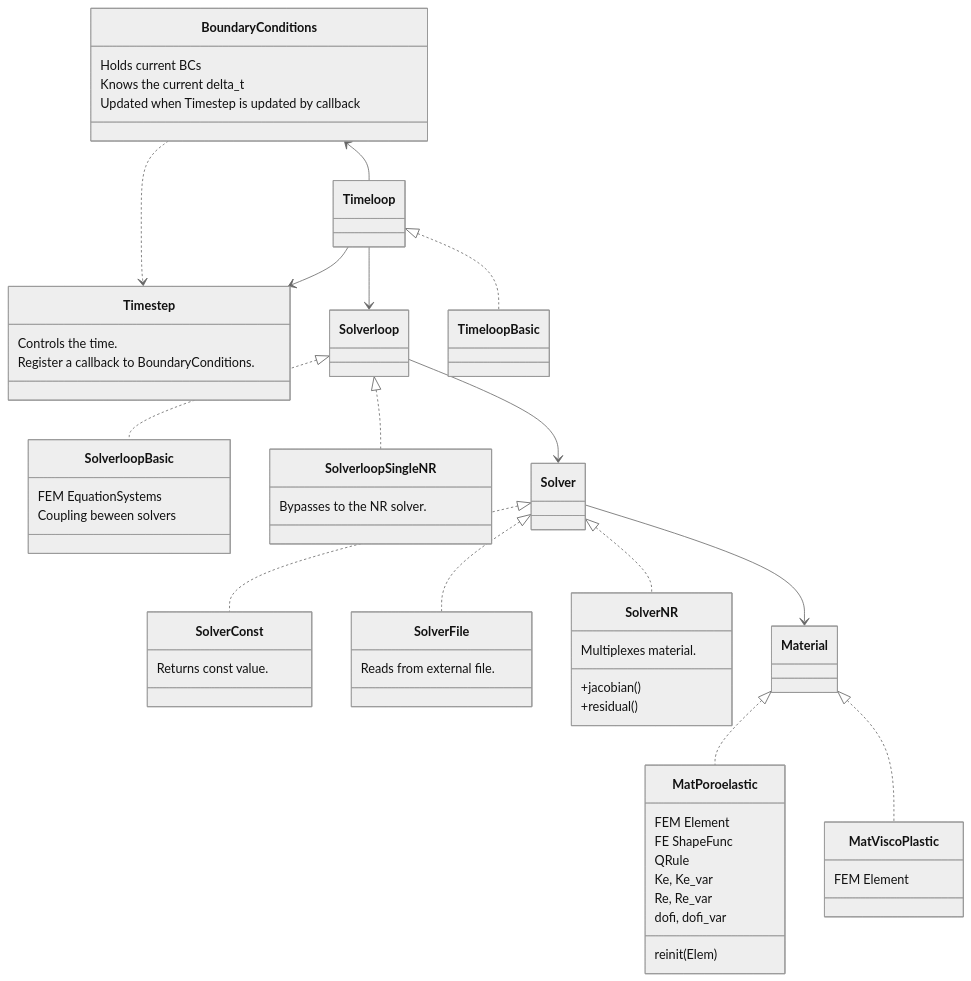
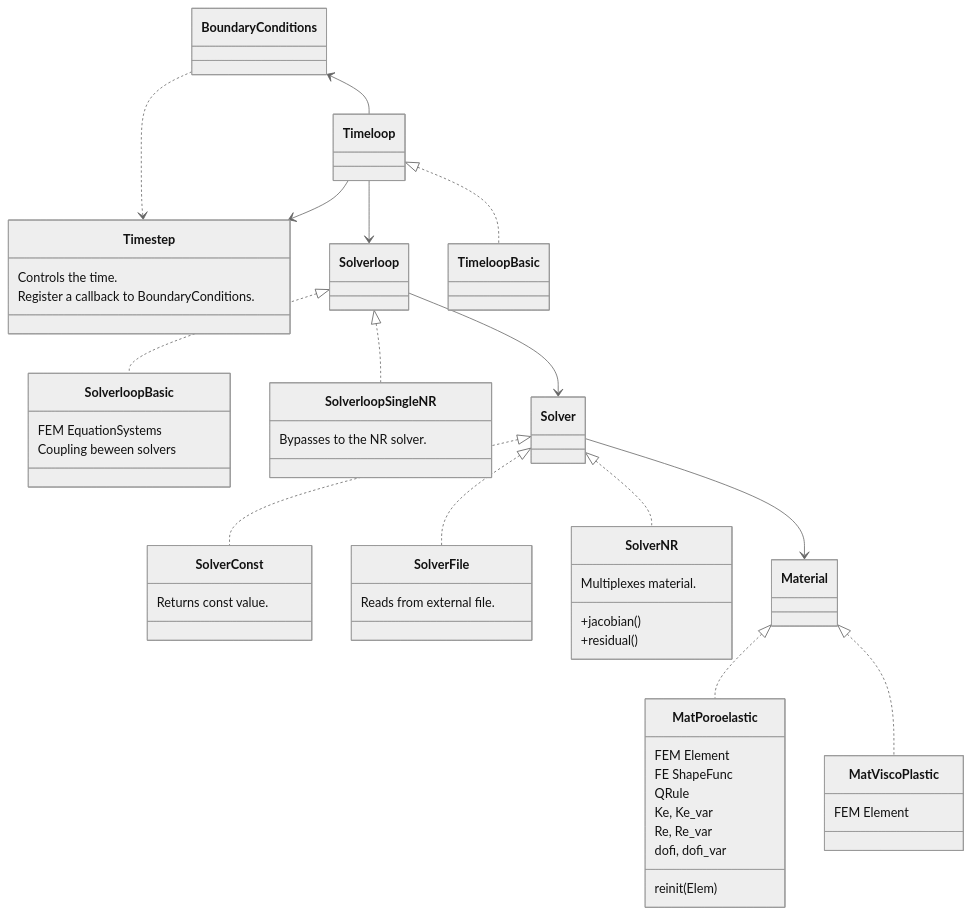
The second of 2 diagrams in doc/Description.md (rebpoli/harpy), drawn with Mermaid (neutral theme) before and after one commit.

````diff
--- a/doc/Description.md
+++ b/doc/Description.md
@@ -94,75 +101,70 @@
 ```mermaid
 classDiagram
     Timeloop --> Timestep
     BoundaryConditions <-- Timeloop
 
     Solverloop <|.. SolverloopBasic
 
 
     class Timestep {
         Controls the time.
         Register a callback to BoundaryConditions.
-    }
-    class BoundaryConditions { 
-        Holds current BCs
-        Knows the current delta_t
-        Updated when Timestep is updated by callback
     }
     BoundaryConditions ..> Timestep
 
 %% Implementations
     class SolverloopBasic {
         FEM EquationSystems
         Coupling beween solvers
     }
 
     class MatViscoPlastic { FEM Element }
 
     class MatPoroelastic {
         FEM Element 
         FE ShapeFunc
         QRule
         Ke, Ke_var
         Re, Re_var
         dofi, dofi_var
         reinit(Elem)
     }
 
     class SolverloopSingleNR { Bypasses to the NR solver. } 
 
     class SolverConst { Returns const value.  }
     class SolverFile { Reads from external file. }
     class SolverNR { 
         Multiplexes material.
         
         +jacobian()
         +residual()
         }
 
 %% Dependencies
 
 %% Interfaces << implementations
     Timeloop <|.. TimeloopBasic
     Material <|.. MatPoroelastic
     Material <|.. MatViscoPlastic
     Solverloop <|.. SolverloopSingleNR
 
     Solver <|.. SolverNR
     Solver <|.. SolverConst
     Solver <|.. SolverFile
 
     Timeloop --> Solverloop
     Solverloop --> Solver
     Solver --> Material
 
 %%
 %% classA <|-- classB    // Inheritance (B inherits from A)
 %% classA <|.. classB    // Implementation (B implements A)
 %% classA *-- classB     // Composition (B is part of A)
 %% classA o-- classB     // Aggregation (B is used by A)
 %% classA --> classB     // Association (A references B)
 %% classA ..> classB     // Dependency (A depends on B)
 %% classA ..|> classB    // Realization (B realizes A)
 %% classA <--> classB    // Bidirectional association
 
 ```
````
